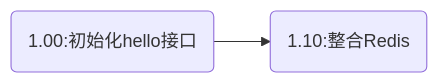
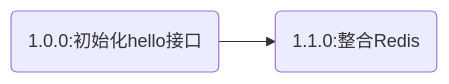
Before and after one commit to moyifengxue/simple_functions: the diagram in document/1.1.0SpringBoot整合Redis.md, drawn with Mermaid.

Commit message:
修改README

````diff
--- a/document/1.1.0SpringBoot整合Redis.md
+++ b/document/1.1.0SpringBoot整合Redis.md
@@ -10,5 +10,5 @@
 ```mermaid
 graph LR;
-A(1.00:初始化hello接口)-->A1;
-A1(1.10:整合Redis);
+A(1.0.0:初始化hello接口)-->A1;
+A1(1.1.0:整合Redis);
 ```
````
